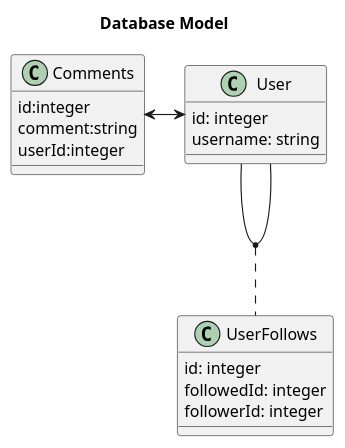
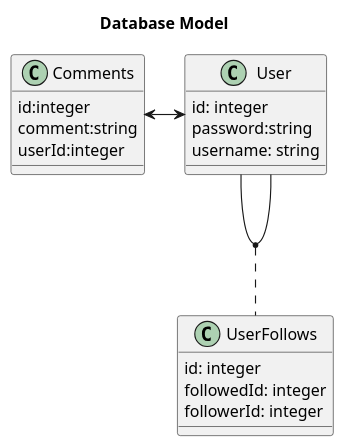
The diagram in design/db.wsd (Dan8991/Marinet), drawn with PlantUML before and after one commit. The commit also changed 2 other files, not shown here.

Commit message:
[Add]password field to user

```diff
--- a/design/db.wsd
+++ b/design/db.wsd
@@ -1,27 +1,28 @@
 @startuml
 
 top to bottom direction
 scale 1
 title "Database Model"
 
 class User{
     id: integer
+    password:string
     username: string
 }
 
 class UserFollows{
     id: integer
     followedId: integer
     followerId: integer
 }
 
 class Comments{
     id:integer
     comment:string
     userId:integer
 }
 
 User <-left->Comments
 (User,User) .. UserFollows
 
 @enduml
```
